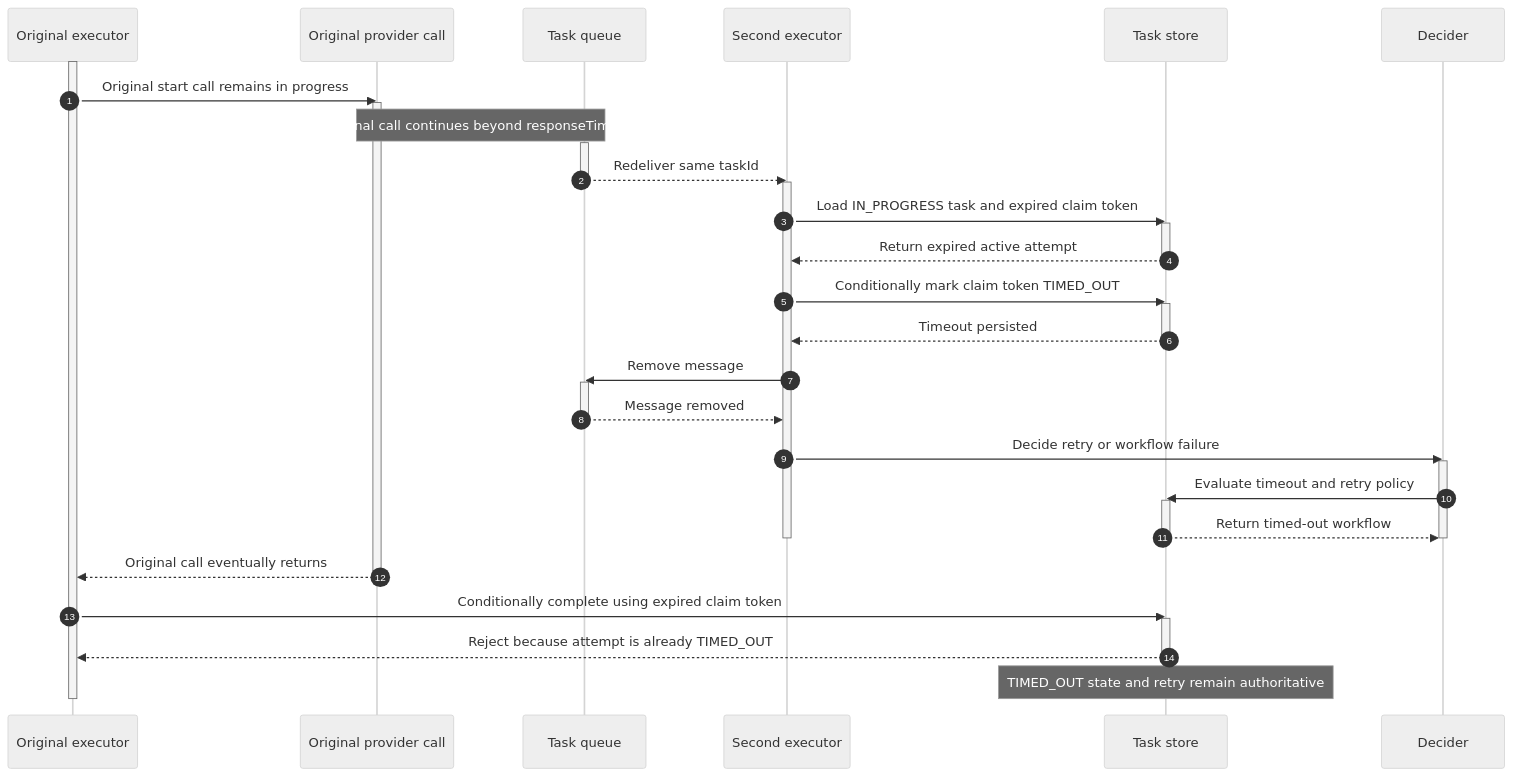
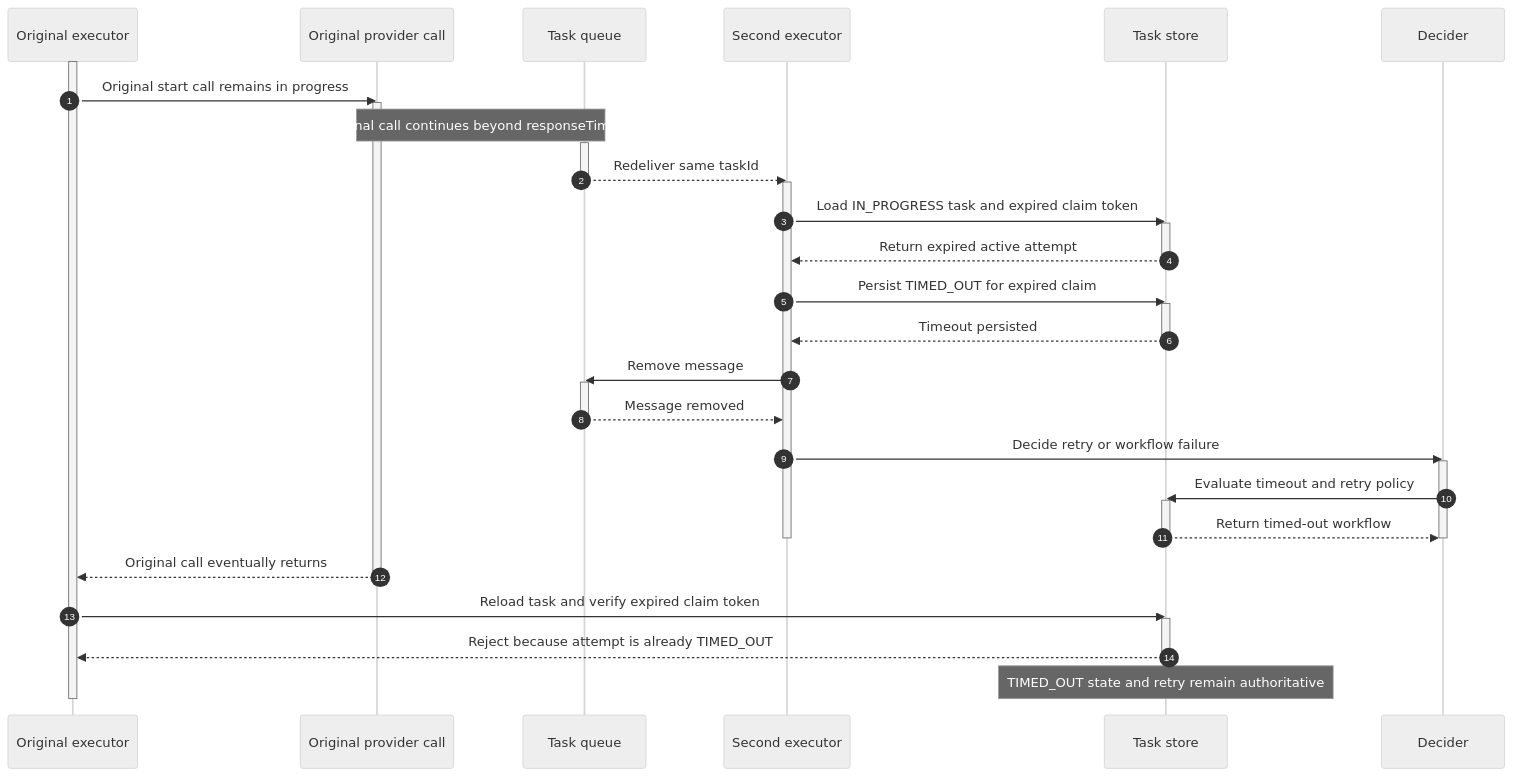
Before and after one commit to conductor-oss/conductor: the fourth of 4 diagrams in docs/design/2026-07-21-issue-1321-poll-level-reserve.md, drawn with Mermaid (neutral theme). The commit also changed other lines of this file and 3 other files, not shown here.

````diff
--- a/docs/design/2026-07-21-issue-1321-poll-level-reserve.md
+++ b/docs/design/2026-07-21-issue-1321-poll-level-reserve.md
@@ -354,47 +354,47 @@
 ```mermaid
 sequenceDiagram
     autonumber
     participant X1 as Original executor
     participant P as Original provider call
     participant Q as Task queue
     participant X2 as Second executor
     participant DB as Task store
     participant D as Decider
 
     activate X1
     X1->>P: Original start call remains in progress
     activate P
     Note over P,Q: Original call continues beyond responseTimeout
     activate Q
     Q-->>X2: Redeliver same taskId
     deactivate Q
     activate X2
     X2->>DB: Load IN_PROGRESS task and expired claim token
     activate DB
     DB-->>X2: Return expired active attempt
     deactivate DB
-    X2->>DB: Conditionally mark claim token TIMED_OUT
+    X2->>DB: Persist TIMED_OUT for expired claim
     activate DB
     DB-->>X2: Timeout persisted
     deactivate DB
     X2->>Q: Remove message
     activate Q
     Q-->>X2: Message removed
     deactivate Q
     X2->>D: Decide retry or workflow failure
     activate D
     D->>DB: Evaluate timeout and retry policy
     activate DB
     DB-->>D: Return timed-out workflow
     deactivate DB
     deactivate D
     deactivate X2
     P-->>X1: Original call eventually returns
     deactivate P
-    X1->>DB: Conditionally complete using expired claim token
+    X1->>DB: Reload task and verify expired claim token
     activate DB
     DB-->>X1: Reject because attempt is already TIMED_OUT
     deactivate DB
     Note over DB: TIMED_OUT state and retry remain authoritative
     deactivate X1
 ```
````
